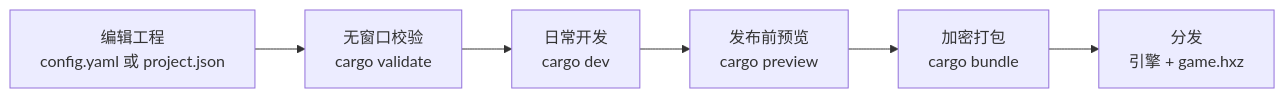
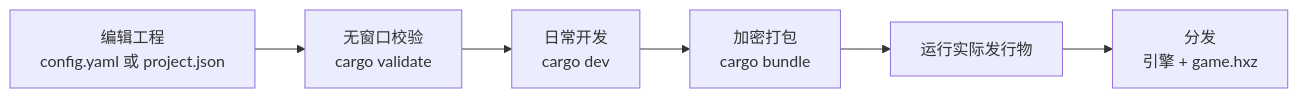
Before and after one commit to maincoretech/keine: the first of 4 diagrams in README_CN.md, drawn with Mermaid. The commit also changed other lines of this file and 5 other files, not shown here.

````diff
--- a/README_CN.md
+++ b/README_CN.md
@@ -63,8 +62,8 @@
 ```mermaid
 flowchart LR
     A["编辑工程<br/>config.yaml 或 project.json"] --> B["无窗口校验<br/>cargo validate"]
     B --> C["日常开发<br/>cargo dev"]
-    C --> D["发布前预览<br/>cargo preview"]
-    D --> E["加密打包<br/>cargo bundle"]
+    C --> D["加密打包<br/>cargo bundle"]
+    D --> E["运行实际发行物"]
     E --> F["分发<br/>引擎 + game.hxz"]
 ```
````
